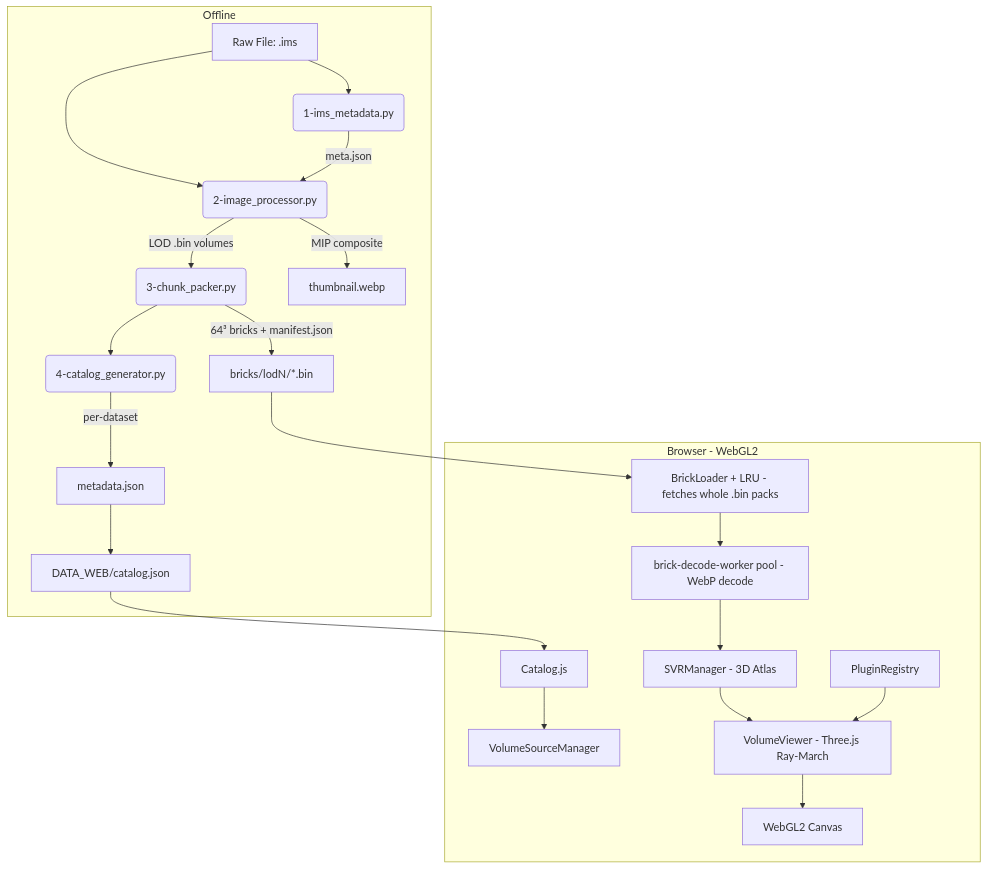
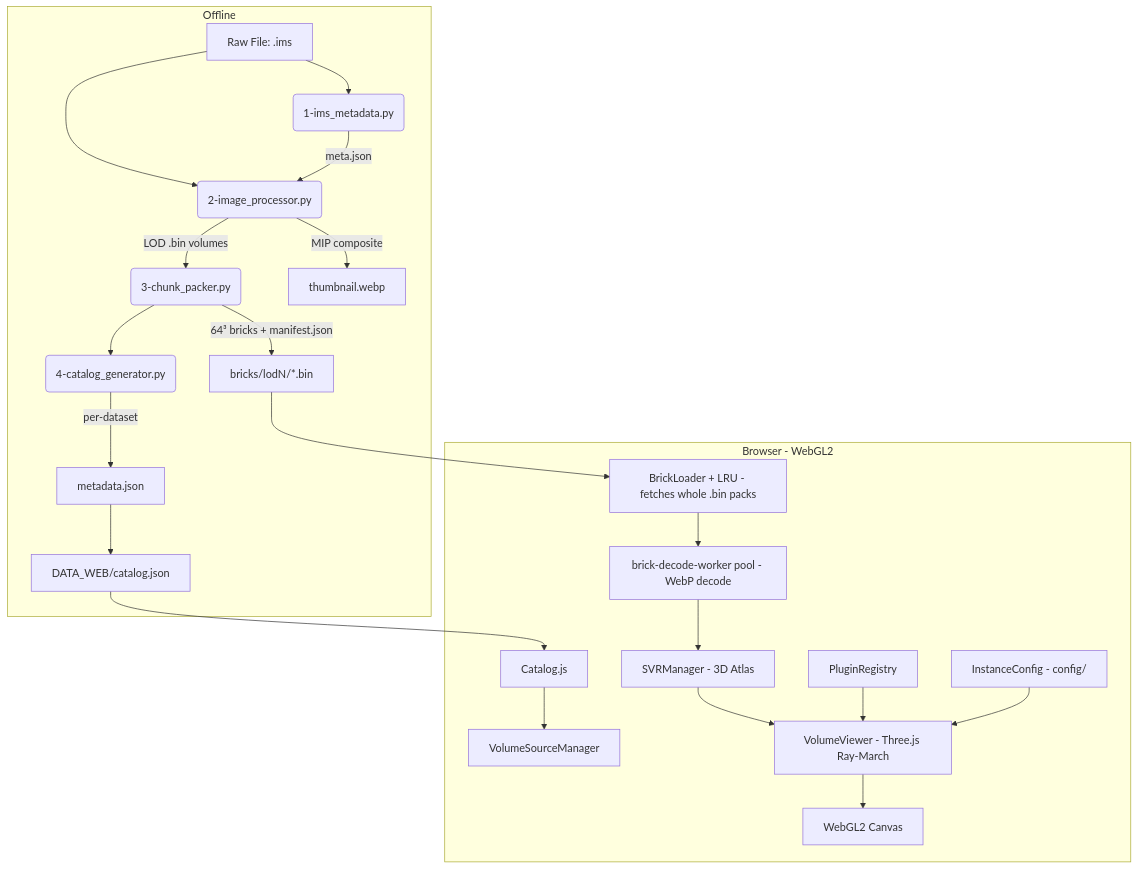
One commit to nutchaxo/lumen3D changed the diagram in README.md. Above: the diagram before and after it, drawn with Mermaid. The commit also changed other lines of this file and 4 other files, not shown here.

````diff
--- a/README.md
+++ b/README.md
@@ -52,25 +68,26 @@
 ```mermaid
 graph TD
     subgraph Preprocessing Pipeline [Offline]
         A[Raw File: .ims] --> B(1-ims_metadata.py)
         A --> C(2-image_processor.py)
         B -->|meta.json| C
         C -->|LOD .bin volumes| D(3-chunk_packer.py)
         C -->|MIP composite| E[thumbnail.webp]
         D -->|64³ bricks + manifest.json| F[bricks/lodN/*.bin]
         D --> G(4-catalog_generator.py)
         G -->|per-dataset| H[metadata.json]
         H --> I[DATA_WEB/catalog.json]
     end
 
     subgraph Client [Browser - WebGL2]
         I --> J[Catalog.js]
         J --> K[VolumeSourceManager]
         F --> L[BrickLoader + LRU - fetches whole .bin packs]
         L --> N[brick-decode-worker pool - WebP decode]
         N --> O[SVRManager - 3D Atlas]
         O --> P[VolumeViewer - Three.js Ray-March]
         P --> Q[WebGL2 Canvas]
         R[PluginRegistry] --> P
+        S[InstanceConfig - config/] --> P
     end
 ```
````
